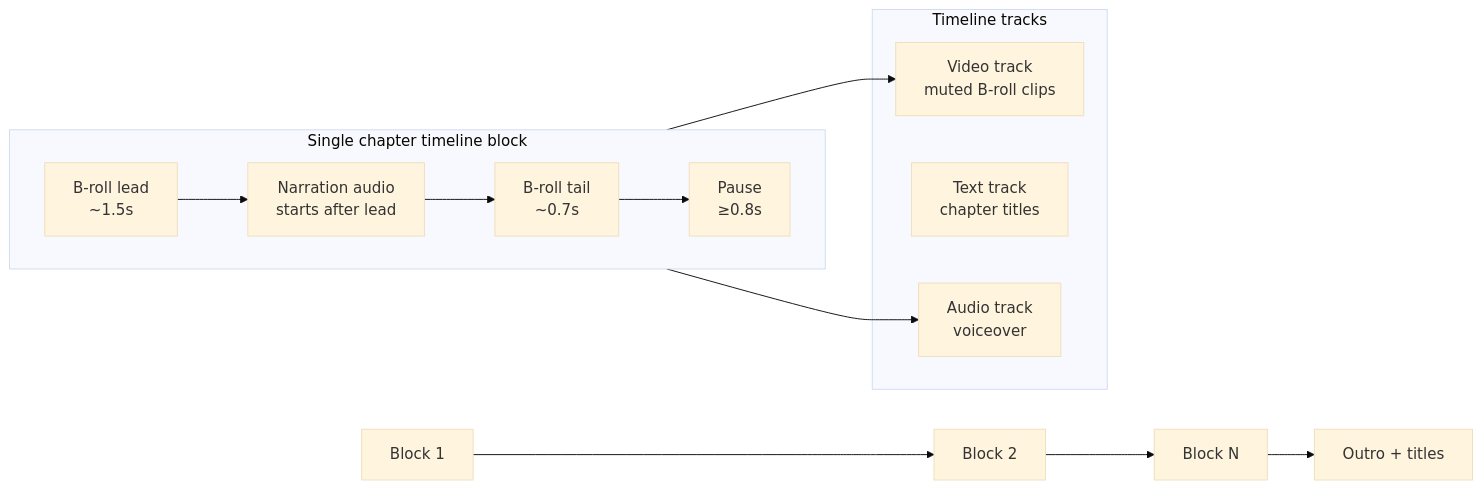
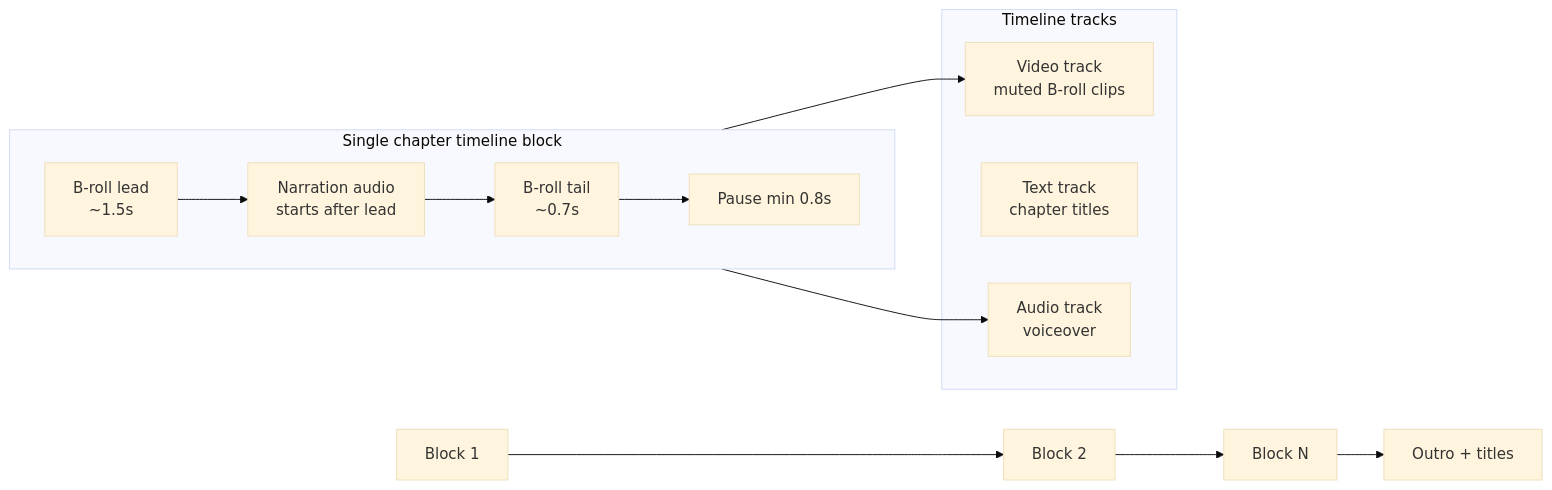
The seventh of 9 diagrams in ARCHITECTURE.md (Krishan111/Continuum-Agentic_Documentary_Studio), drawn with Mermaid (base theme) before and after one commit. The commit also changed other lines of this file, not shown here.

Commit message:
solving a little issue in architecture.md

````diff
--- a/ARCHITECTURE.md
+++ b/ARCHITECTURE.md
@@ -295,24 +295,24 @@
 ```mermaid
 flowchart LR
   subgraph Block["Single chapter timeline block"]
     direction LR
     L[B-roll lead\n~1.5s]
     V[Narration audio\nstarts after lead]
     T[B-roll tail\n~0.7s]
-    P[Pause\n≥0.8s]
+    P["Pause min 0.8s"]
     L --> V --> T --> P
   end
 
   B1[Block 1] --> B2[Block 2]
   B2 --> B3[Block N]
   B3 --> Outro[Outro + titles]
 
   subgraph Tracks["Timeline tracks"]
     VT[Video track\nmuted B-roll clips]
     TT[Text track\nchapter titles]
     AT[Audio track\nvoiceover]
   end
 
   Block --> VT
   Block --> AT
 ```
````
